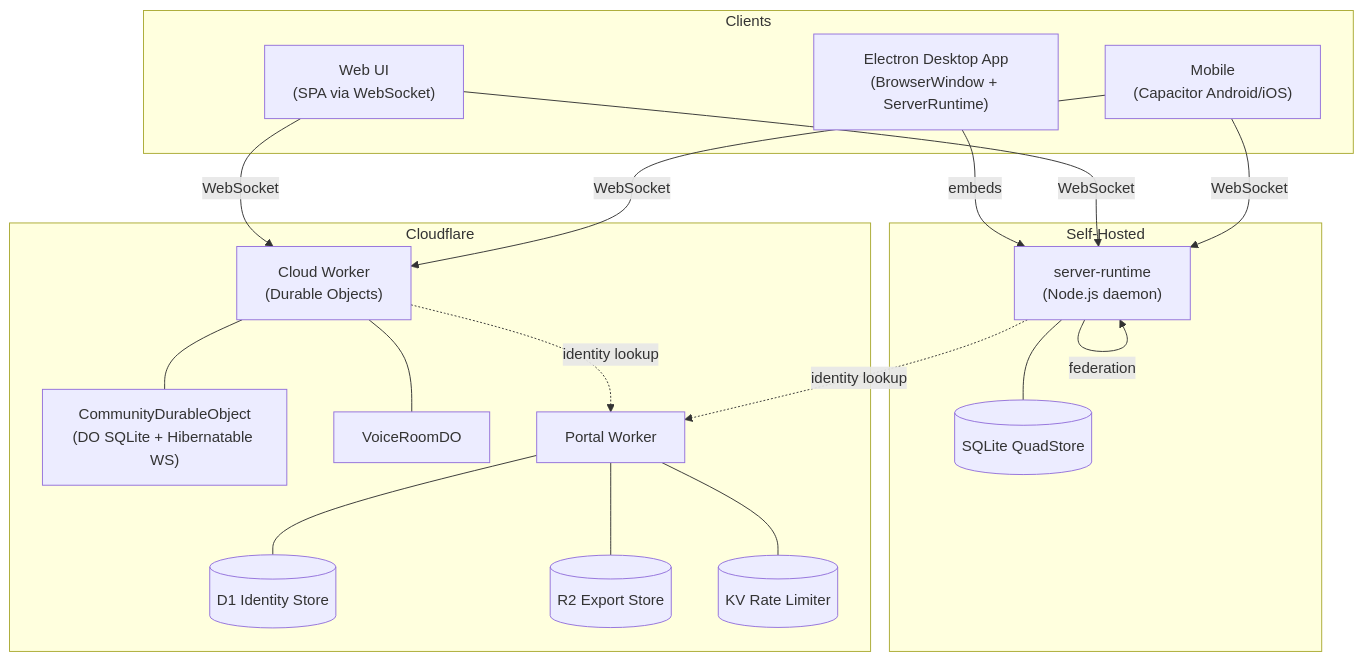
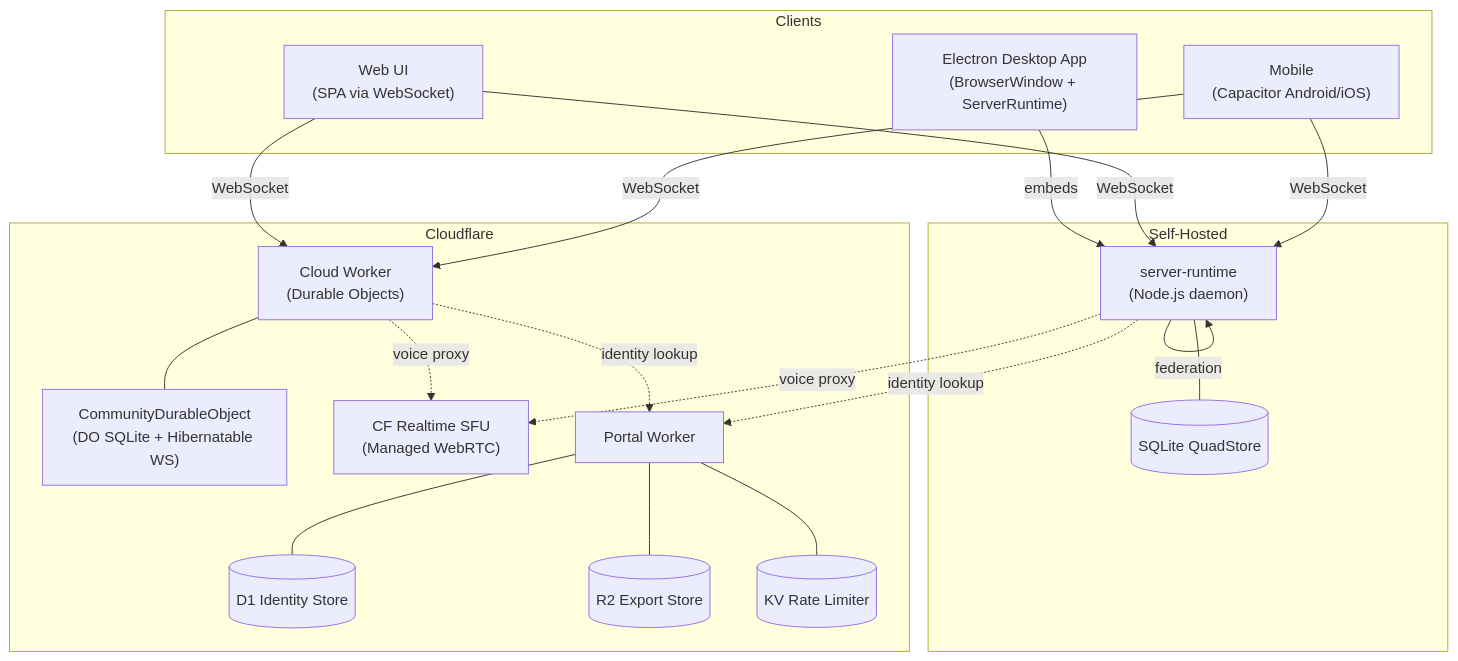
One commit to HexaField/harmony changed the first of 42 diagrams in ARCHITECTURE.md. Above: the diagram before and after it, drawn with Mermaid. The commit also changed other lines of this file and 2 other files, not shown here.

First line of the commit message:
docs: update ROADMAP, ARCHITECTURE, TEST-MATRIX for CF Realtime SFU migration

````diff
--- a/ARCHITECTURE.md
+++ b/ARCHITECTURE.md
@@ -11,39 +11,40 @@
 ```mermaid
 graph TB
     subgraph Clients
         Electron["Electron Desktop App<br/>(BrowserWindow + ServerRuntime)"]
         WebUI["Web UI<br/>(SPA via WebSocket)"]
         Mobile["Mobile<br/>(Capacitor Android/iOS)"]
     end
 
     subgraph Self-Hosted
         ServerRuntime["server-runtime<br/>(Node.js daemon)"]
         SQLite[(SQLite QuadStore)]
         ServerRuntime --- SQLite
     end
 
     subgraph Cloudflare
         CloudWorker["Cloud Worker<br/>(Durable Objects)"]
         CommunityDO["CommunityDurableObject<br/>(DO SQLite + Hibernatable WS)"]
-        VoiceRoomDO["VoiceRoomDO"]
+        CFSFU["CF Realtime SFU<br/>(Managed WebRTC)"]
         CloudWorker --- CommunityDO
-        CloudWorker --- VoiceRoomDO
 
         PortalWorker["Portal Worker"]
         D1[(D1 Identity Store)]
         R2[(R2 Export Store)]
         KV[(KV Rate Limiter)]
         PortalWorker --- D1
         PortalWorker --- R2
         PortalWorker --- KV
     end
 
     Electron -->|embeds| ServerRuntime
     WebUI -->|WebSocket| ServerRuntime
     WebUI -->|WebSocket| CloudWorker
     Mobile -->|WebSocket| ServerRuntime
     Mobile -->|WebSocket| CloudWorker
     ServerRuntime -->|federation| ServerRuntime
     ServerRuntime -.->|identity lookup| PortalWorker
+    ServerRuntime -.->|voice proxy| CFSFU
     CloudWorker -.->|identity lookup| PortalWorker
+    CloudWorker -.->|voice proxy| CFSFU
 ```
````
